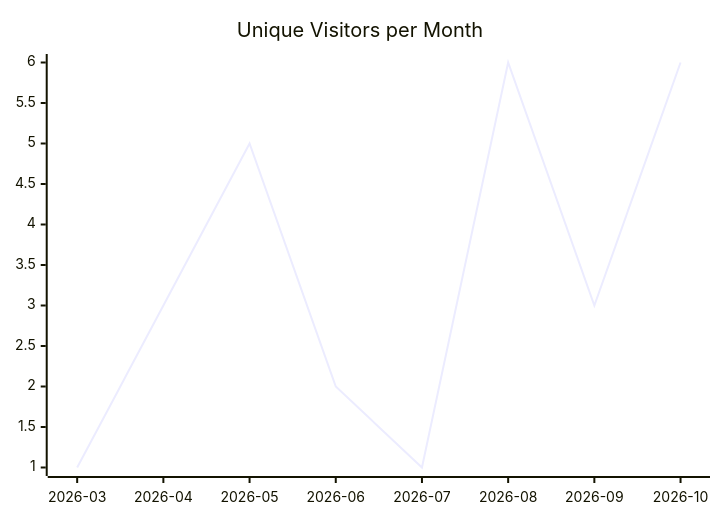
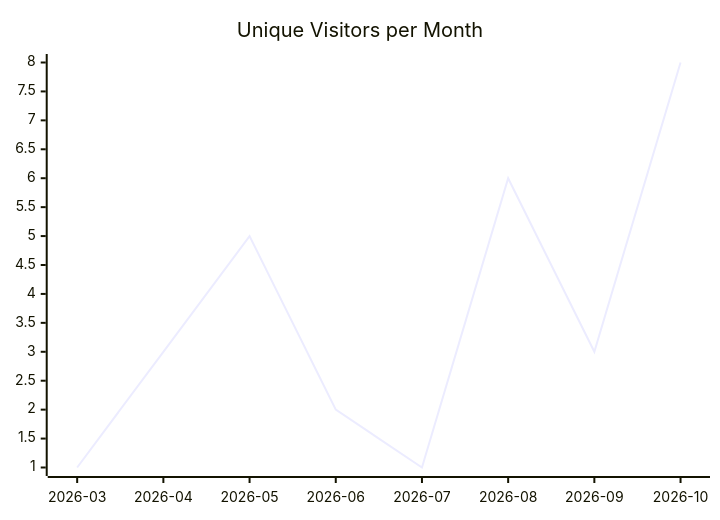
One commit to justdavis-family/github-analytics-data changed the first of 3 diagrams in justdavis-family/justdavis/README.md. Above: the diagram before and after it, drawn with Mermaid. The commit also changed other lines of this file and 198 other files, not shown here.

````diff
--- a/justdavis-family/justdavis/README.md
+++ b/justdavis-family/justdavis/README.md
@@ -5,6 +5,6 @@
 ```mermaid
 xychart-beta
   title "Unique Visitors per Month"
   x-axis ["2026-03", "2026-04", "2026-05", "2026-06", "2026-07", "2026-08", "2026-09", "2026-10"]
-  line [1, 3, 5, 2, 1, 6, 3, 6]
+  line [1, 3, 5, 2, 1, 6, 3, 8]
 ```
````
